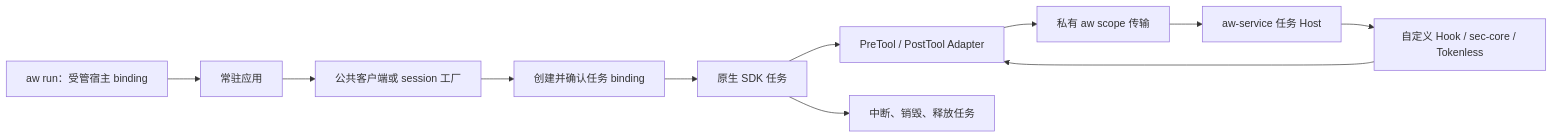
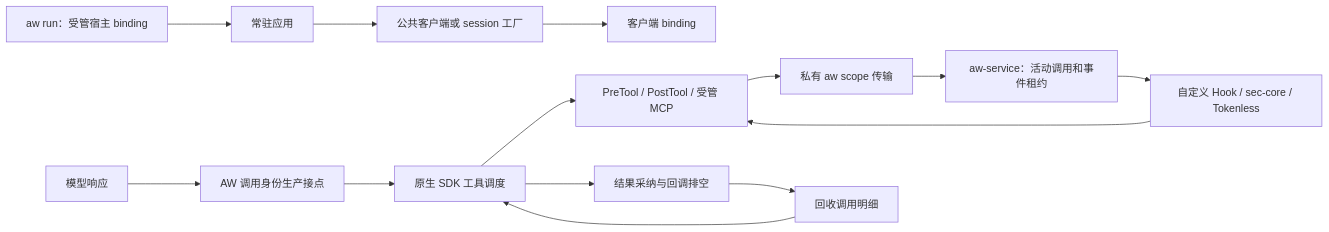
Before and after one commit to 123123213weqw/ANOLISA: the diagram in src/aw/docs/design/zh/adapters/resident-sdk.md, drawn with Mermaid. The commit also changed other lines of this file and 83 other files, not shown here.

````diff
--- a/src/aw/docs/design/zh/adapters/resident-sdk.md
+++ b/src/aw/docs/design/zh/adapters/resident-sdk.md
@@ -12,13 +12,16 @@
 ```mermaid
 flowchart LR
-  Launch[aw run：受管宿主 binding] --> Worker[常驻应用]
+  Run[aw run：受管宿主 binding] --> Worker[常驻应用]
   Worker --> Factory[公共客户端或 session 工厂]
-  Factory --> Scope[创建并确认任务 binding]
-  Scope --> SDK[原生 SDK 任务]
-  SDK --> Hook[PreTool / PostTool Adapter]
+  Factory --> Scope[客户端 binding]
+  Model[模型响应] --> Producer[AW 调用身份生产接点]
+  Producer --> SDK[原生 SDK 工具调度]
+  SDK --> Hook[PreTool / PostTool / 受管 MCP]
   Hook --> CLI[私有 aw scope 传输]
-  CLI --> Service[aw-service 任务 Host]
+  CLI --> Service[aw-service：活动调用和事件租约]
   Service --> Provider[自定义 Hook / sec-core / Tokenless]
   Provider --> Hook
-  SDK --> Close[中断、销毁、释放任务]
+  SDK --> Drain[结果采纳与回调排空]
+  Drain --> Retire[回收调用明细]
+  Retire --> SDK
 ```
````
